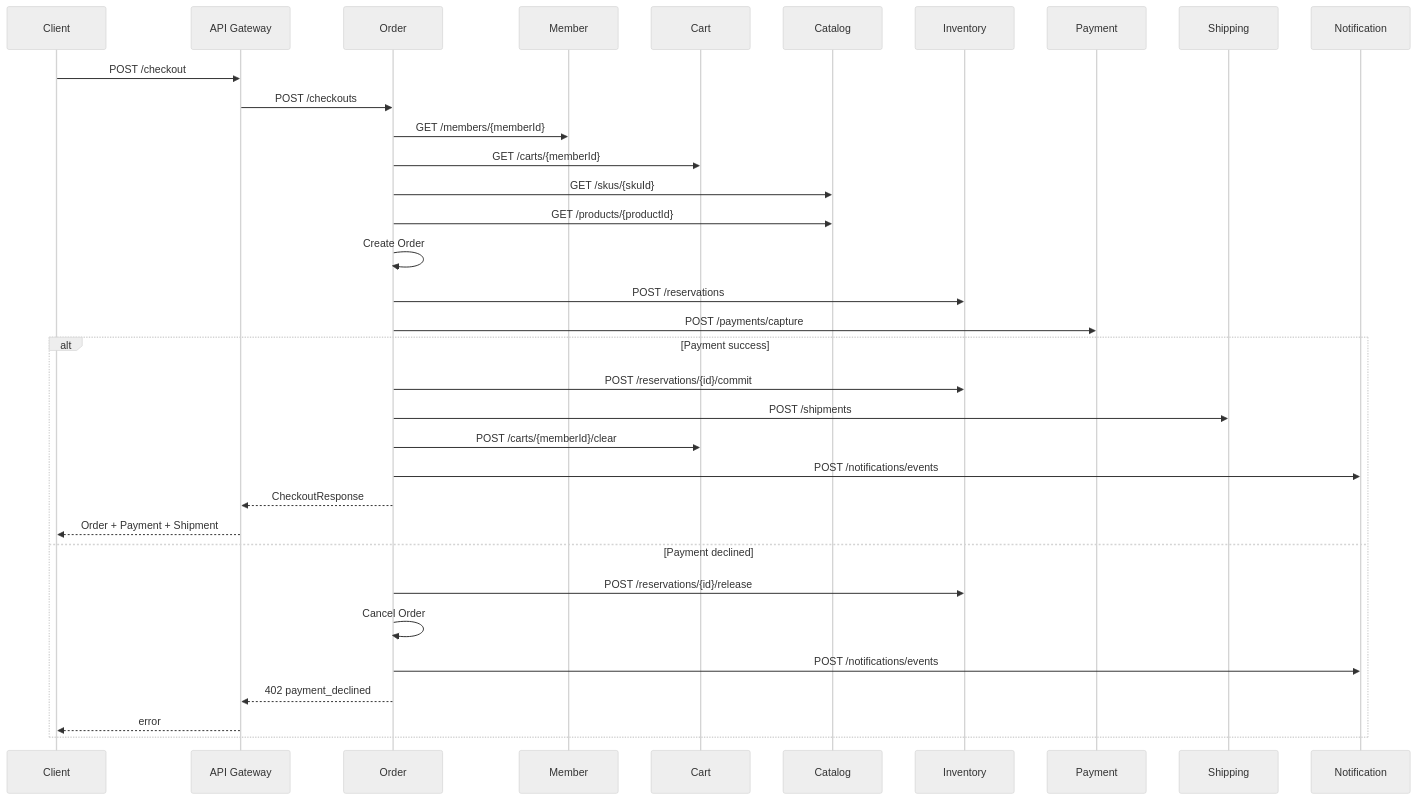
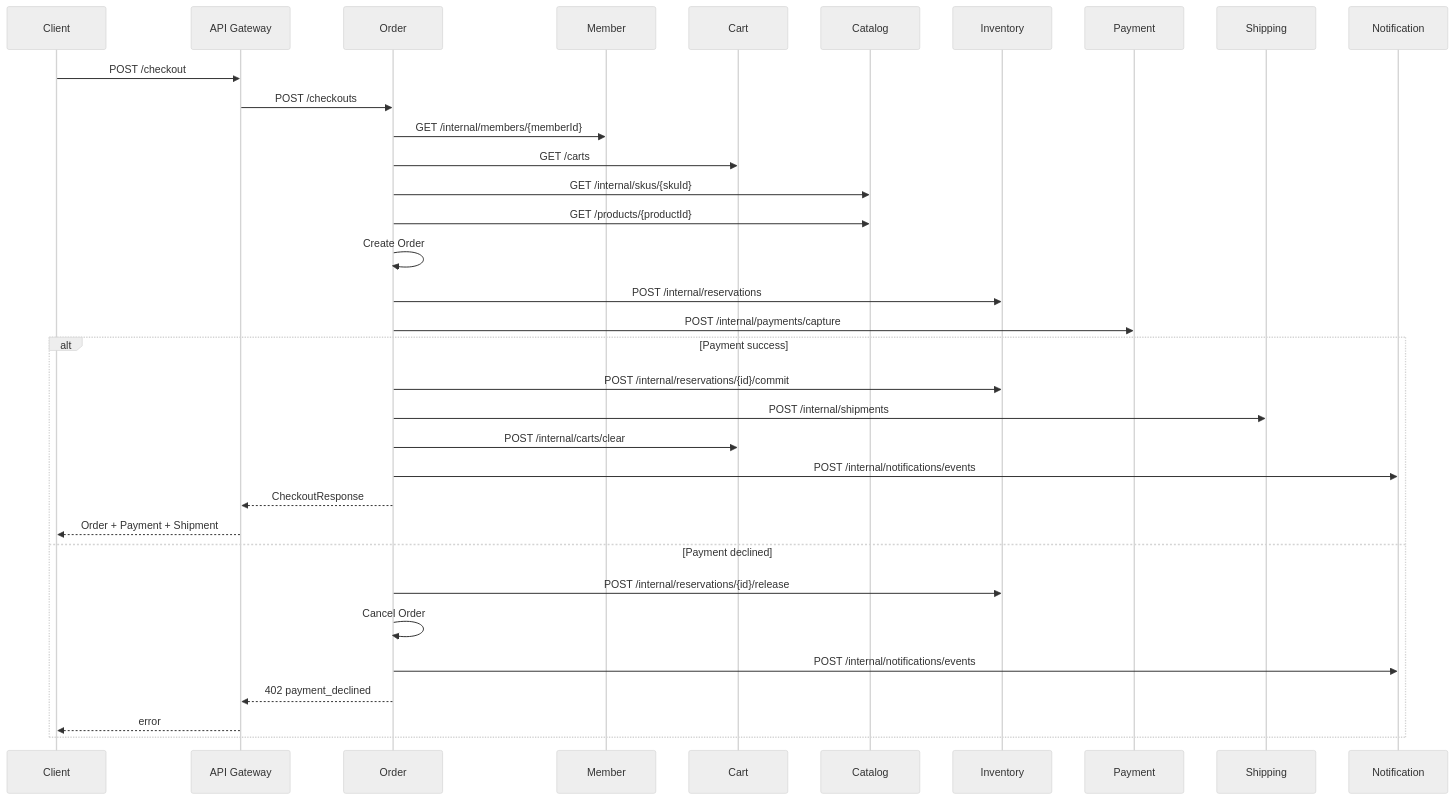
Before and after one commit to impati/commerce: the second of 2 diagrams in docs/architecture.md, drawn with Mermaid (neutral theme). The commit also changed other lines of this file and 28 other files, not shown here.

````diff
--- a/docs/architecture.md
+++ b/docs/architecture.md
@@ -31,37 +39,37 @@
 ```mermaid
 sequenceDiagram
     participant C as Client
     participant G as API Gateway
     participant O as Order
     participant M as Member
     participant Cart as Cart
     participant Cat as Catalog
     participant Inv as Inventory
     participant Pay as Payment
     participant Ship as Shipping
     participant N as Notification
 
     C->>G: POST /checkout
     G->>O: POST /checkouts
-    O->>M: GET /members/{memberId}
-    O->>Cart: GET /carts/{memberId}
-    O->>Cat: GET /skus/{skuId}
+    O->>M: GET /internal/members/{memberId}
+    O->>Cart: GET /carts
+    O->>Cat: GET /internal/skus/{skuId}
     O->>Cat: GET /products/{productId}
     O->>O: Create Order
-    O->>Inv: POST /reservations
-    O->>Pay: POST /payments/capture
+    O->>Inv: POST /internal/reservations
+    O->>Pay: POST /internal/payments/capture
     alt Payment success
-        O->>Inv: POST /reservations/{id}/commit
-        O->>Ship: POST /shipments
-        O->>Cart: POST /carts/{memberId}/clear
-        O->>N: POST /notifications/events
+        O->>Inv: POST /internal/reservations/{id}/commit
+        O->>Ship: POST /internal/shipments
+        O->>Cart: POST /internal/carts/clear
+        O->>N: POST /internal/notifications/events
         O-->>G: CheckoutResponse
         G-->>C: Order + Payment + Shipment
     else Payment declined
-        O->>Inv: POST /reservations/{id}/release
+        O->>Inv: POST /internal/reservations/{id}/release
         O->>O: Cancel Order
-        O->>N: POST /notifications/events
+        O->>N: POST /internal/notifications/events
         O-->>G: 402 payment_declined
         G-->>C: error
     end
 ```
````
